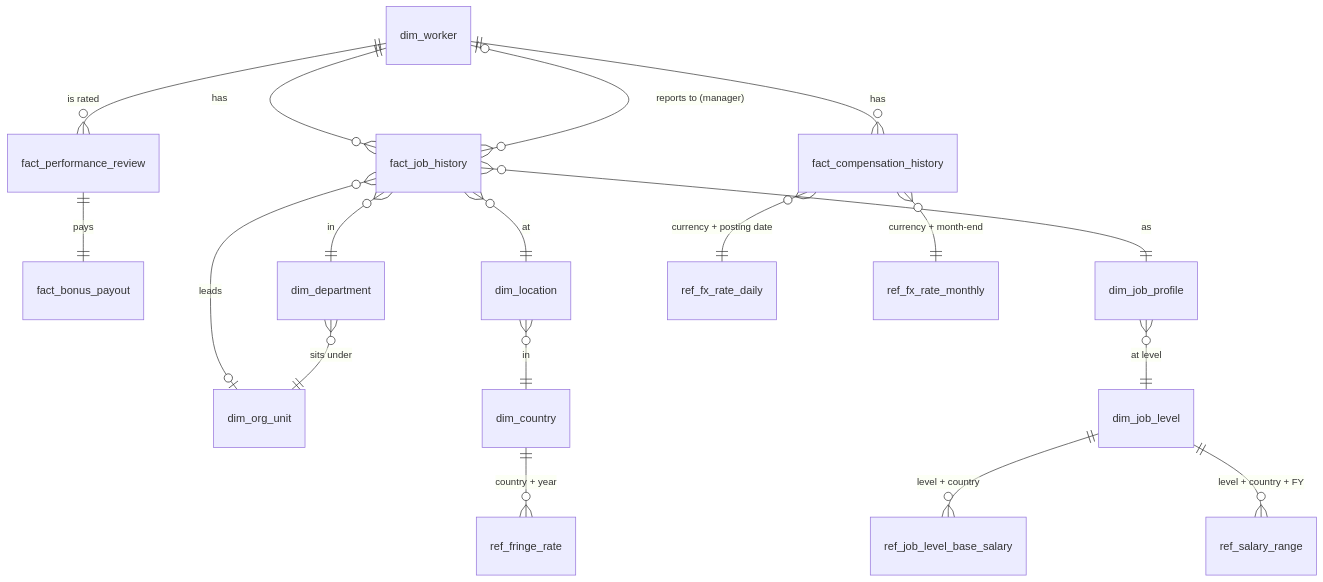
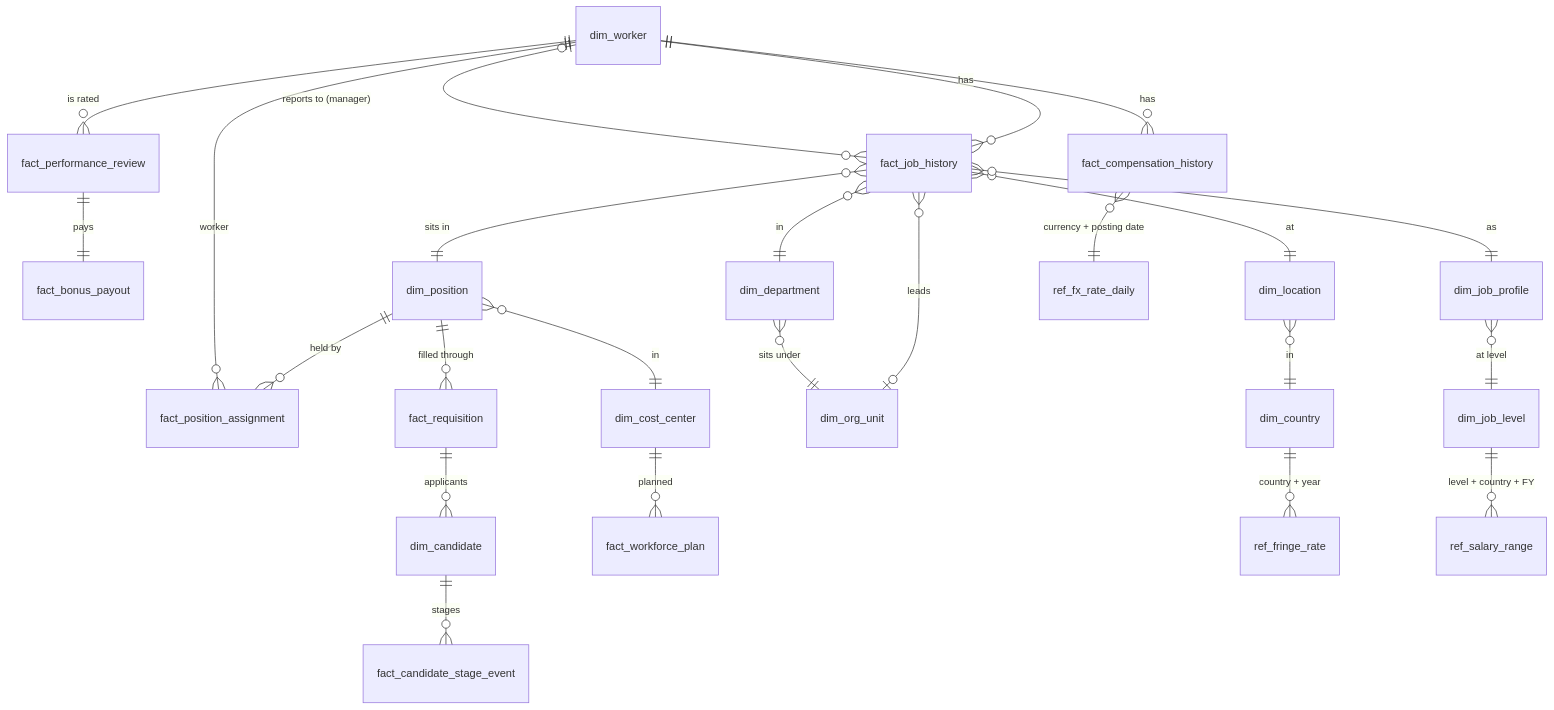
The second of 2 diagrams in README.md (thialp/people-analytics-warehouse), drawn with Mermaid before and after one commit. The commit also changed other lines of this file and 6 other files, not shown here.

````diff
--- a/README.md
+++ b/README.md
@@ -104,20 +106,26 @@
 ```mermaid
 erDiagram
     dim_worker ||--o{ fact_job_history : "has"
     dim_worker ||--o{ fact_compensation_history : "has"
     dim_worker ||--o{ fact_performance_review : "is rated"
     fact_performance_review ||--|| fact_bonus_payout : "pays"
     fact_job_history }o--o| dim_worker : "reports to (manager)"
+    fact_job_history }o--|| dim_position : "sits in"
+    dim_position ||--o{ fact_position_assignment : "held by"
+    fact_position_assignment }o--|| dim_worker : "worker"
+    dim_position ||--o{ fact_requisition : "filled through"
+    fact_requisition ||--o{ dim_candidate : "applicants"
+    dim_candidate ||--o{ fact_candidate_stage_event : "stages"
+    dim_position }o--|| dim_cost_center : "in"
+    dim_cost_center ||--o{ fact_workforce_plan : "planned"
     fact_job_history }o--|| dim_department : "in"
     fact_job_history }o--o| dim_org_unit : "leads"
     dim_department }o--|| dim_org_unit : "sits under"
     fact_job_history }o--|| dim_location : "at"
     fact_job_history }o--|| dim_job_profile : "as"
     dim_job_profile }o--|| dim_job_level : "at level"
     dim_location }o--|| dim_country : "in"
     dim_country ||--o{ ref_fringe_rate : "country + year"
     fact_compensation_history }o--|| ref_fx_rate_daily : "currency + posting date"
-    fact_compensation_history }o--|| ref_fx_rate_monthly : "currency + month-end"
-    dim_job_level ||--o{ ref_job_level_base_salary : "level + country"
     dim_job_level ||--o{ ref_salary_range : "level + country + FY"
 ```
````
